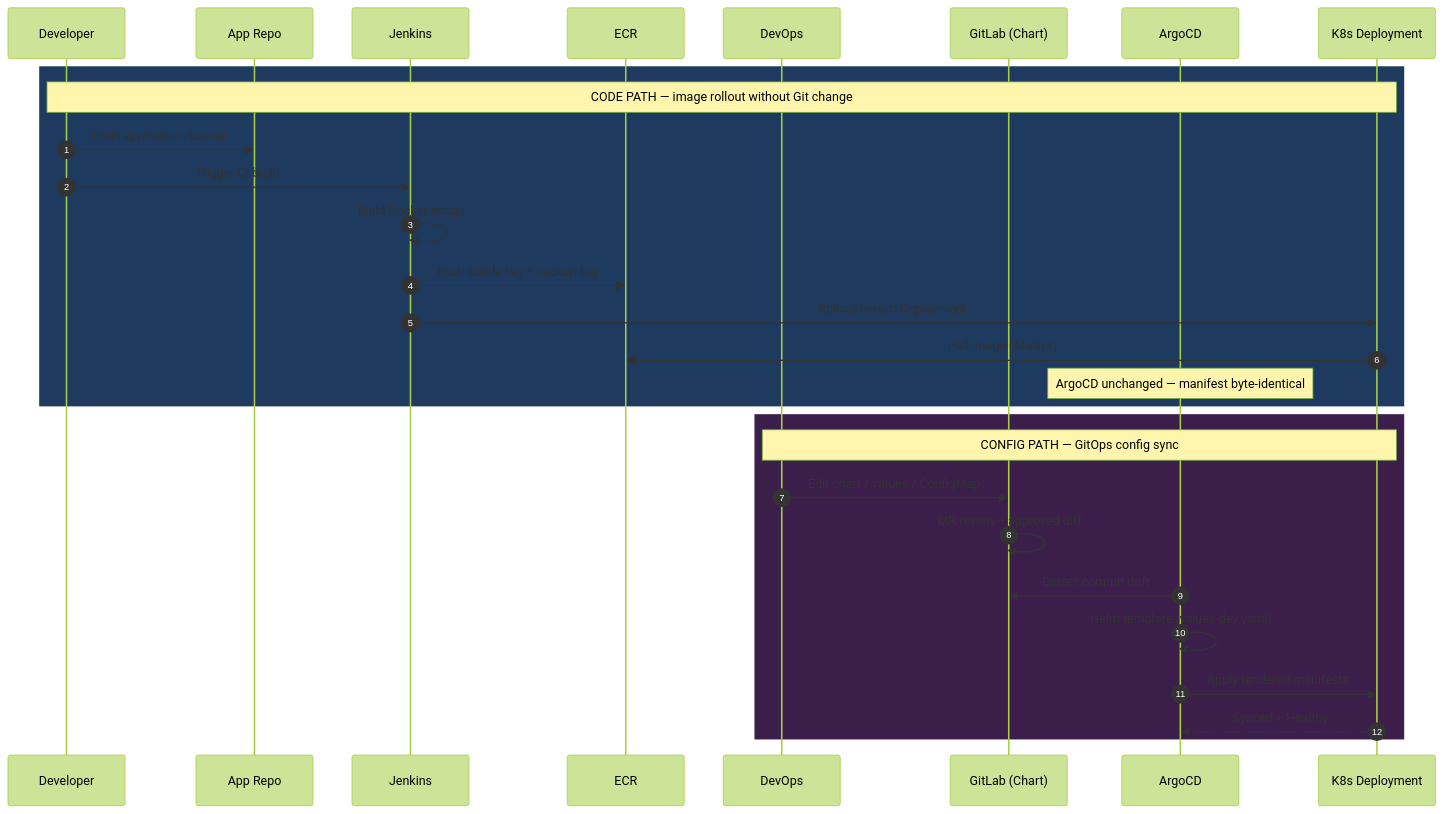
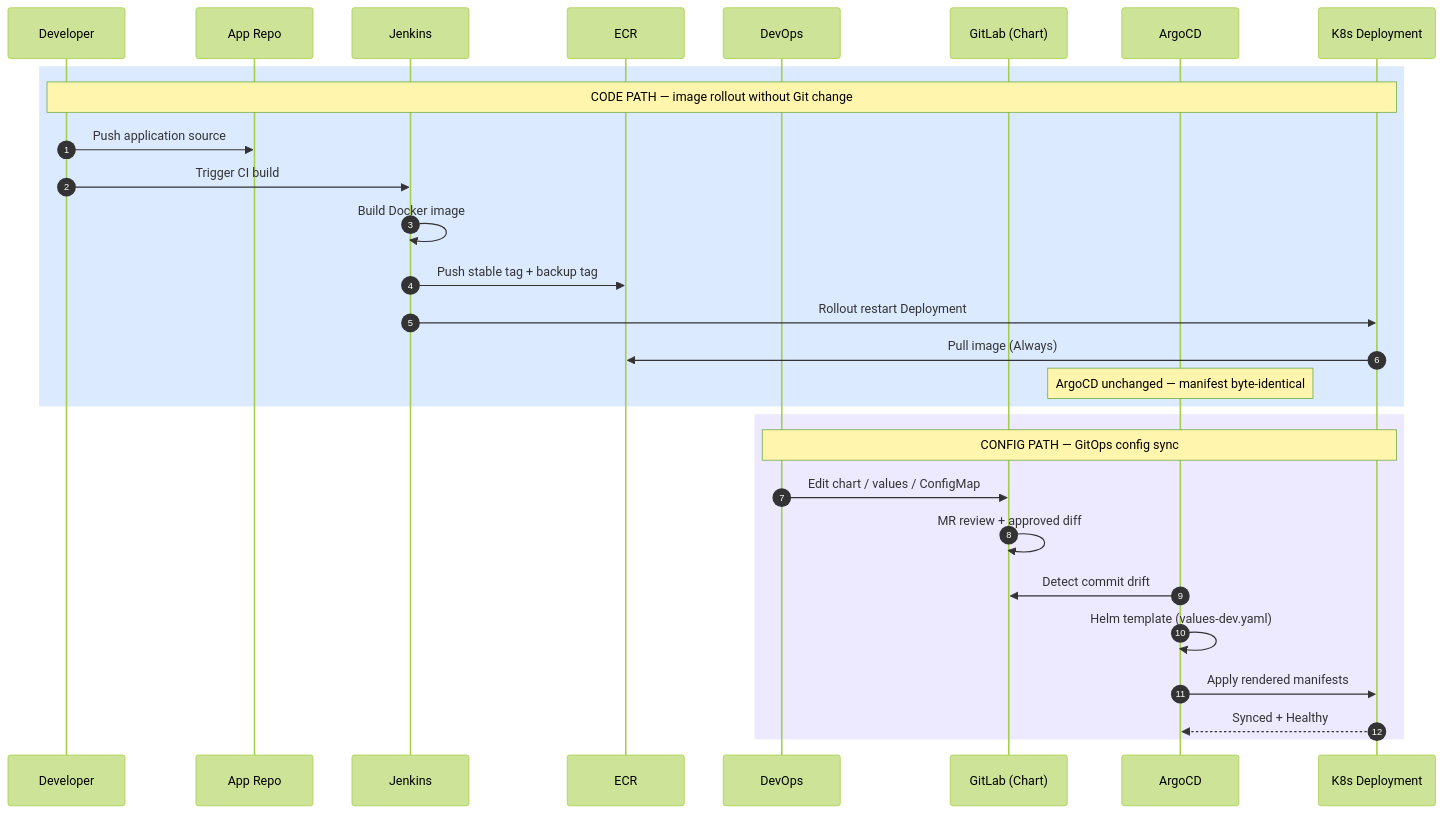
The fourth of 8 diagrams in SA_Guild_Architecture.md (ashir321/work), drawn with Mermaid (forest theme) before and after one commit. The commit also changed other lines of this file, not shown here.

First line of the commit message:
Switch architecture diagrams to white/light theme

````diff
--- a/SA_Guild_Architecture.md
+++ b/SA_Guild_Architecture.md
@@ -176,33 +176,33 @@
 ```mermaid
 sequenceDiagram
     autonumber
     participant Dev as Developer
     participant App as App Repo
     participant Jenkins as Jenkins
     participant ECR as ECR
     participant DevOps as DevOps
     participant GitLab as GitLab (Chart)
     participant Argo as ArgoCD
     participant K8s as K8s Deployment
 
-  rect rgb(30, 58, 95)
+  rect rgb(219, 234, 254)
     Note over Dev,K8s: CODE PATH — image rollout without Git change
     Dev->>App: Push application source
     Dev->>Jenkins: Trigger CI build
     Jenkins->>Jenkins: Build Docker image
     Jenkins->>ECR: Push stable tag + backup tag
     Jenkins->>K8s: Rollout restart Deployment
     K8s->>ECR: Pull image (Always)
     Note over Argo: ArgoCD unchanged — manifest byte-identical
   end
 
-  rect rgb(59, 31, 74)
+  rect rgb(237, 233, 254)
     Note over DevOps,K8s: CONFIG PATH — GitOps config sync
     DevOps->>GitLab: Edit chart / values / ConfigMap
     GitLab->>GitLab: MR review + approved diff
     Argo->>GitLab: Detect commit drift
     Argo->>Argo: Helm template (values-dev.yaml)
     Argo->>K8s: Apply rendered manifests
     K8s-->>Argo: Synced + Healthy
   end
 ```
````
